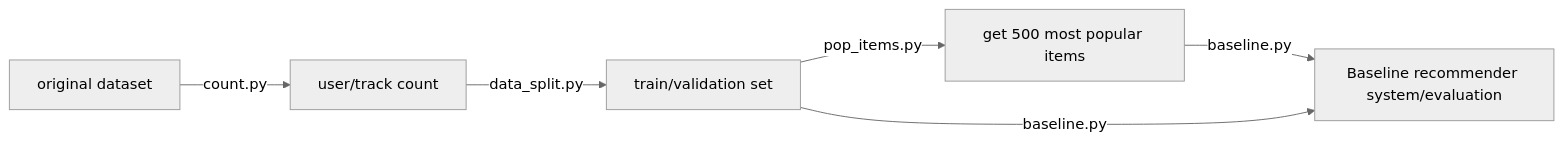
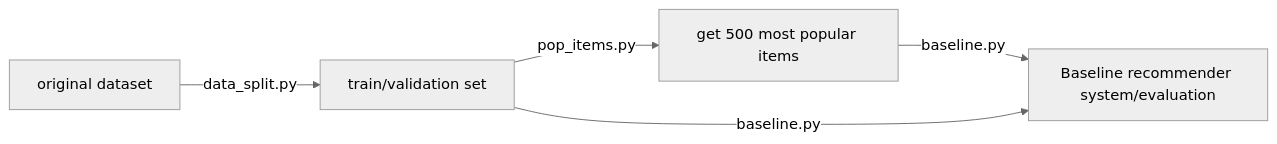
The diagram in Intro.md (robinwang9/Music-recommendation-system), drawn with Mermaid (neutral theme) before and after one commit.

````diff
--- a/Intro.md
+++ b/Intro.md
@@ -47,8 +47,8 @@
 ```mermaid
 graph LR
-    A[original dataset] --count.py--> B[user/track count]
-    B --data_split.py--> C[train/validation set]
+    A[original dataset]
+    A --data_split.py--> C[train/validation set]
     C --pop_items.py--> D[get 500 most popular items]
     D --baseline.py--> E[Baseline recommender system/evaluation]
     C --baseline.py--> E
 ```
````
